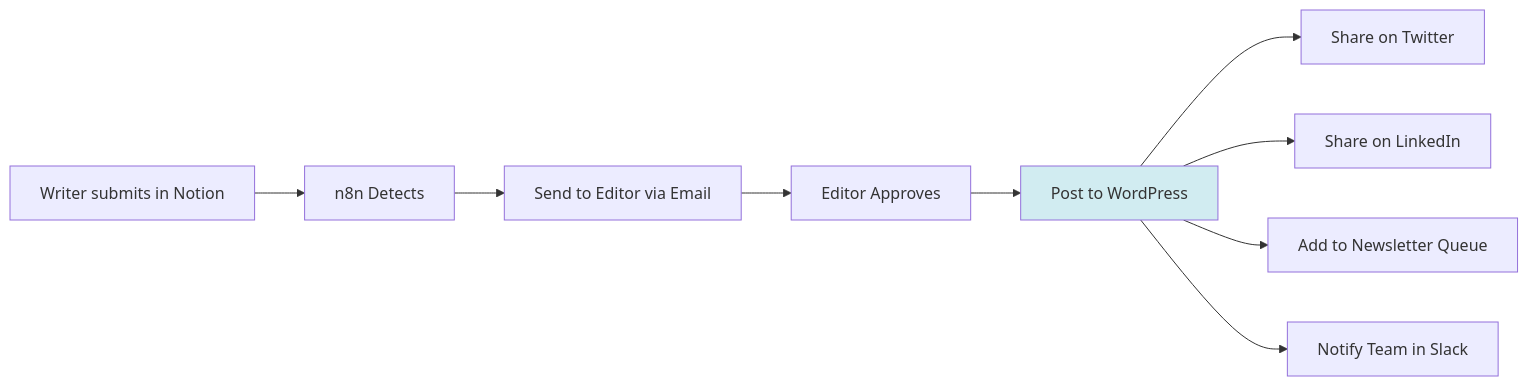
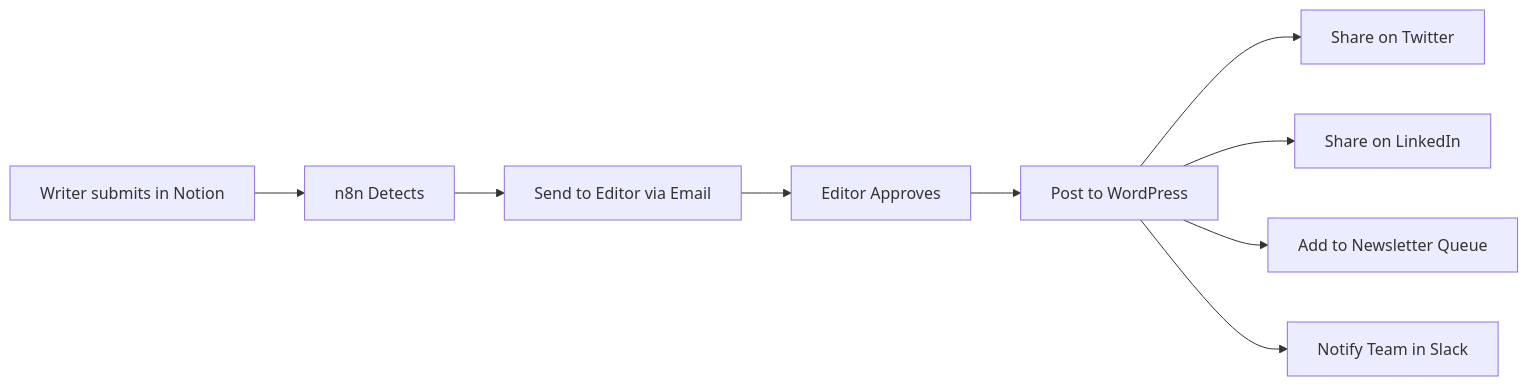
One commit to wtoloza-dev/ZTH-n8n-Engineer changed the seventh of 8 diagrams in lessons/01-foundations/theory/02-use-cases.md. Above: the diagram before and after it, drawn with Mermaid. The commit also changed other lines of this file and 31 other files, not shown here.

````diff
--- a/lessons/01-foundations/theory/02-use-cases.md
+++ b/lessons/01-foundations/theory/02-use-cases.md
@@ -195,13 +190,12 @@
 ```mermaid
 graph LR
     A[Writer submits in Notion] --> B[n8n Detects]
     B --> C[Send to Editor via Email]
     C --> D[Editor Approves]
     D --> E[Post to WordPress]
     E --> F[Share on Twitter]
     E --> G[Share on LinkedIn]
     E --> H[Add to Newsletter Queue]
     E --> I[Notify Team in Slack]
     
-    style E fill:#d1ecf1
 ```
````
